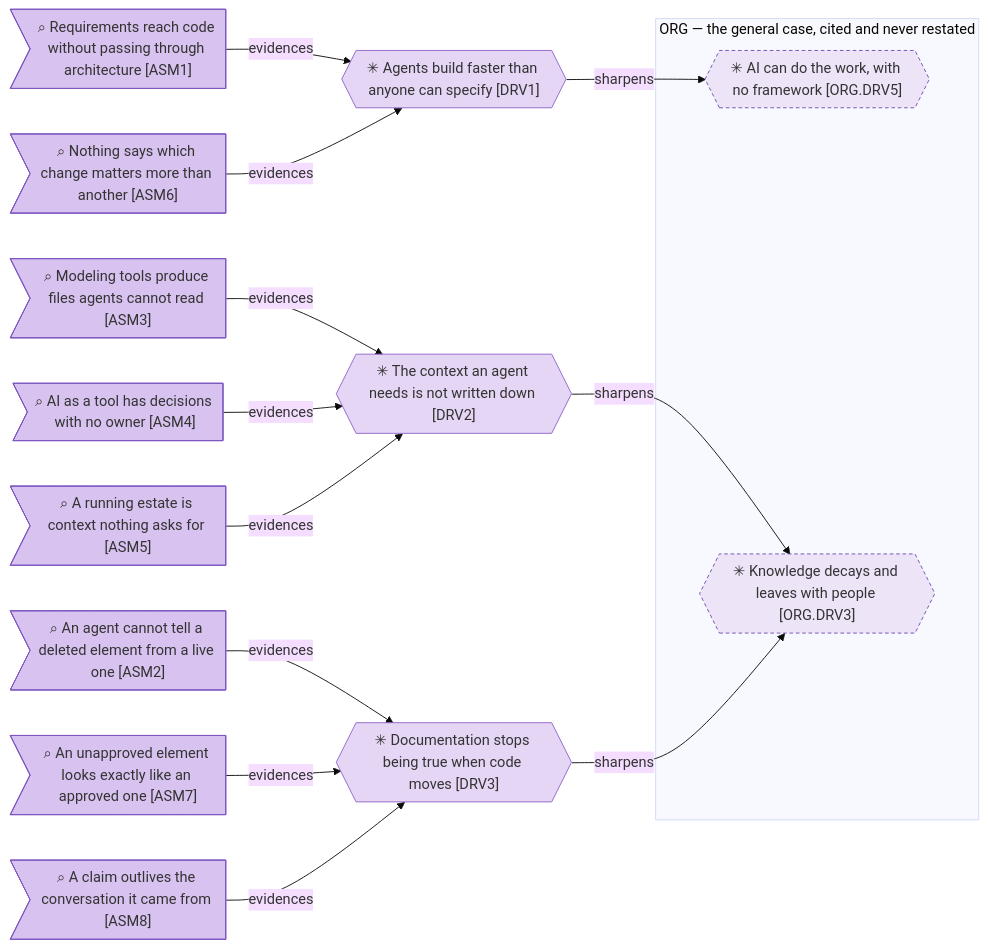
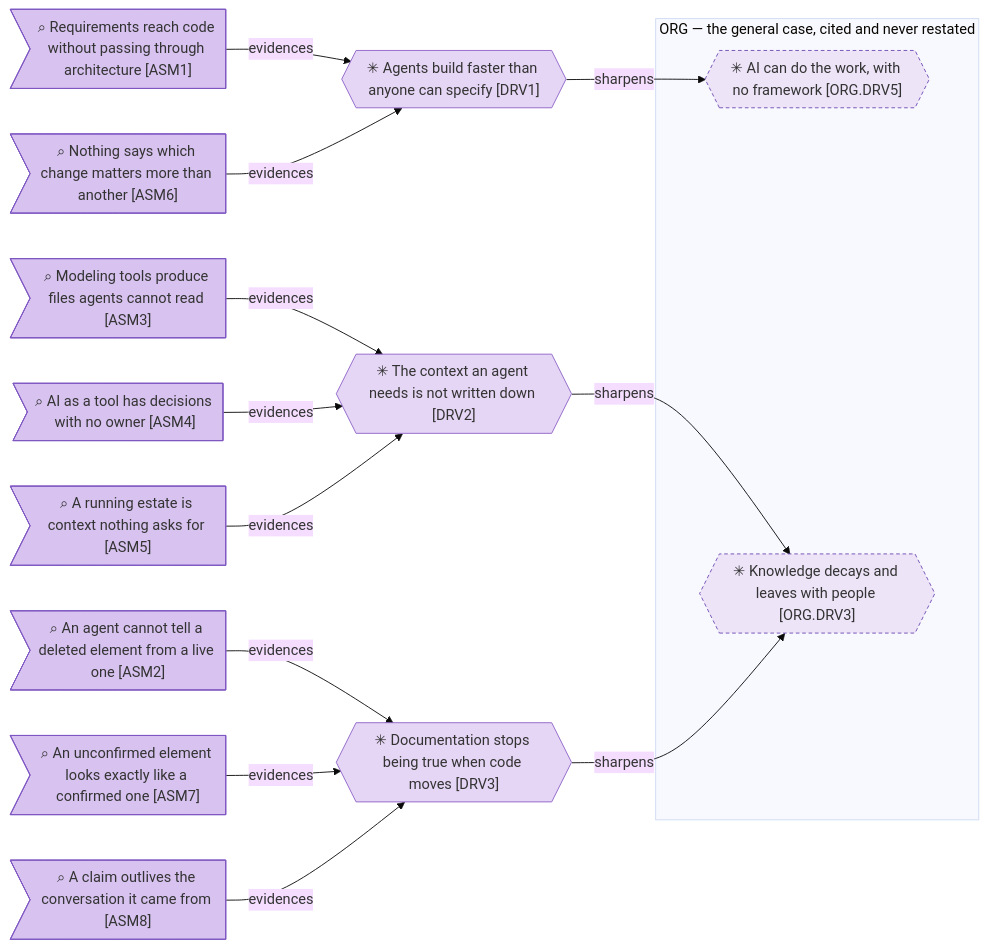
One commit to roanboc/architecture-archreator changed the second of 3 diagrams in product-archreator/architecture/1_strategy/1_motivation.md. Above: the diagram before and after it, drawn with Mermaid (base theme). The commit also changed other lines of this file and 17 other files, not shown here.

````diff
--- a/product-archreator/architecture/1_strategy/1_motivation.md
+++ b/product-archreator/architecture/1_strategy/1_motivation.md
@@ -62,37 +62,37 @@
 ```mermaid
 flowchart LR
   a1>"⌕ Requirements reach code without passing through architecture [ASM1]"]:::assessment
   a6>"⌕ Nothing says which change matters more than another [ASM6]"]:::assessment
   a3>"⌕ Modeling tools produce files agents cannot read [ASM3]"]:::assessment
   a4>"⌕ AI as a tool has decisions with no owner [ASM4]"]:::assessment
   a5>"⌕ A running estate is context nothing asks for [ASM5]"]:::assessment
   a2>"⌕ An agent cannot tell a deleted element from a live one [ASM2]"]:::assessment
-  a7>"⌕ An unapproved element looks exactly like an approved one [ASM7]"]:::assessment
+  a7>"⌕ An unconfirmed element looks exactly like a confirmed one [ASM7]"]:::assessment
   a8>"⌕ A claim outlives the conversation it came from [ASM8]"]:::assessment
 
   d1{{"✳ Agents build faster than anyone can specify [DRV1]"}}:::driver
   d2{{"✳ The context an agent needs is not written down [DRV2]"}}:::driver
   d3{{"✳ Documentation stops being true when code moves [DRV3]"}}:::driver
 
   subgraph org["ORG — the general case, cited and never restated"]
     o5{{"✳ AI can do the work, with no framework [ORG.DRV5]"}}:::parent
     o3{{"✳ Knowledge decays and leaves with people [ORG.DRV3]"}}:::parent
   end
 
   a1 -->|evidences| d1
   a6 -->|evidences| d1
   a3 -->|evidences| d2
   a4 -->|evidences| d2
   a5 -->|evidences| d2
   a2 -->|evidences| d3
   a7 -->|evidences| d3
   a8 -->|evidences| d3
 
   d1 -->|sharpens| o5
   d2 -->|sharpens| o3
   d3 -->|sharpens| o3
 
   classDef assessment fill:#d8c3f0,stroke:#7e57c2,color:#333
   classDef driver fill:#e6d6f5,stroke:#8e63c8,color:#333
   classDef parent fill:#ede4f8,stroke:#6f4bb2,color:#333,stroke-dasharray: 4 3
 ```
````
